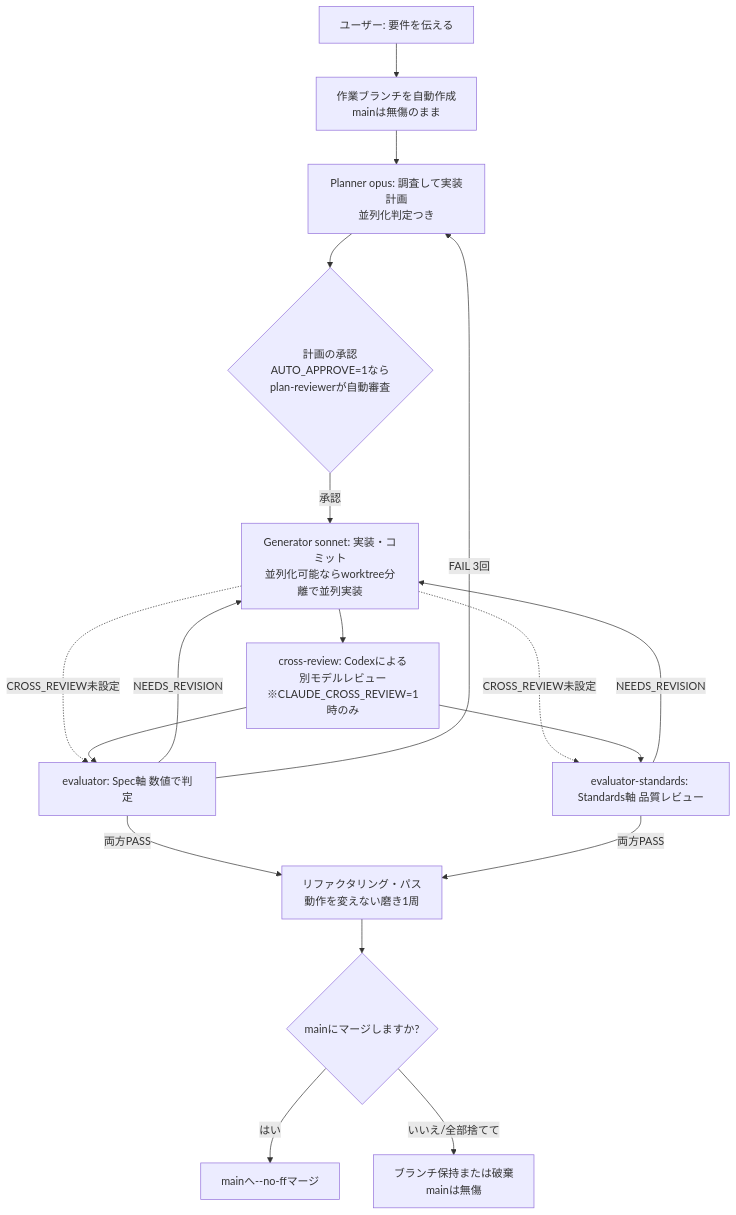
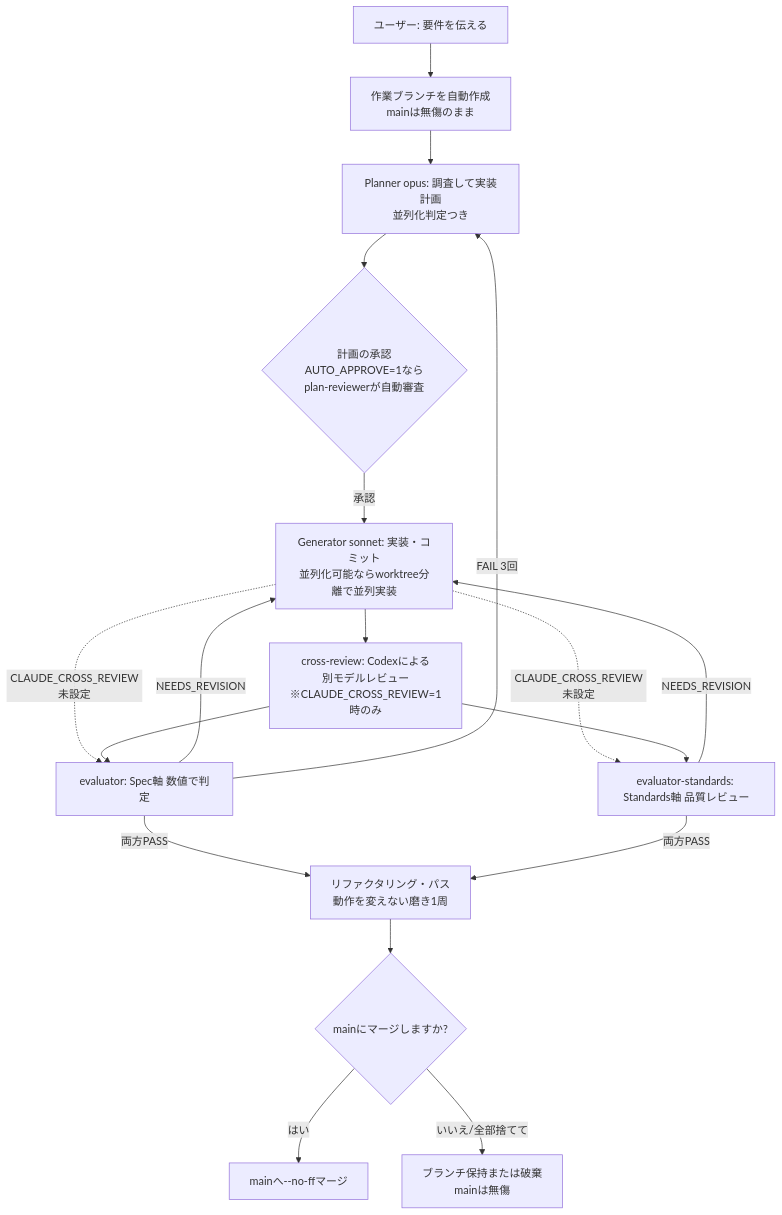
The first of 2 diagrams in README.md (takayoshitoyoda05/claude-ml-template), drawn with Mermaid before and after one commit.

Commit message:
docs: 図の分岐ラベルの変数名表記を統一

````diff
--- a/README.md
+++ b/README.md
@@ -7,18 +7,18 @@
 ```mermaid
 flowchart TD
     A[ユーザー: 要件を伝える] --> BR[作業ブランチを自動作成<br>mainは無傷のまま]
     BR --> B[Planner opus: 調査して実装計画<br>並列化判定つき]
     B --> C{計画の承認<br>AUTO_APPROVE=1ならplan-reviewerが自動審査}
     C -->|承認| D[Generator sonnet: 実装・コミット<br>並列化可能ならworktree分離で並列実装]
     D --> X[cross-review: Codexによる<br>別モデルレビュー<br>※CLAUDE_CROSS_REVIEW=1時のみ]
-    D -.->|CROSS_REVIEW未設定| E
-    D -.->|CROSS_REVIEW未設定| F
+    D -.->|CLAUDE_CROSS_REVIEW未設定| E
+    D -.->|CLAUDE_CROSS_REVIEW未設定| F
     X --> E[evaluator: Spec軸 数値で判定]
     X --> F[evaluator-standards: Standards軸 品質レビュー]
     E & F -->|両方PASS| P[リファクタリング・パス<br>動作を変えない磨き1周]
     E & F -->|NEEDS_REVISION| D
     E -->|FAIL 3回| B
     P --> M{mainにマージしますか?}
     M -->|はい| G[mainへ--no-ffマージ]
     M -->|いいえ/全部捨てて| K[ブランチ保持または破棄<br>mainは無傷]
 ```
````
